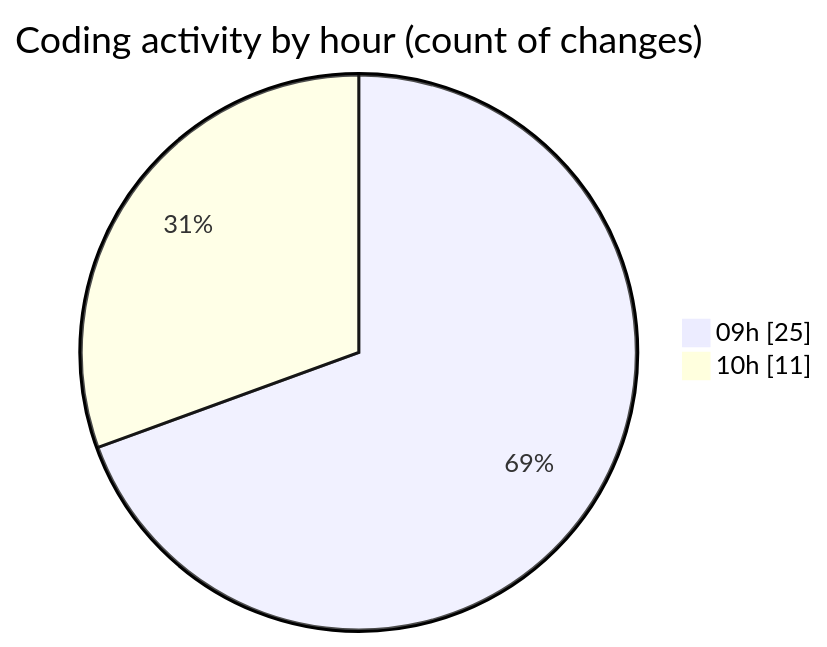
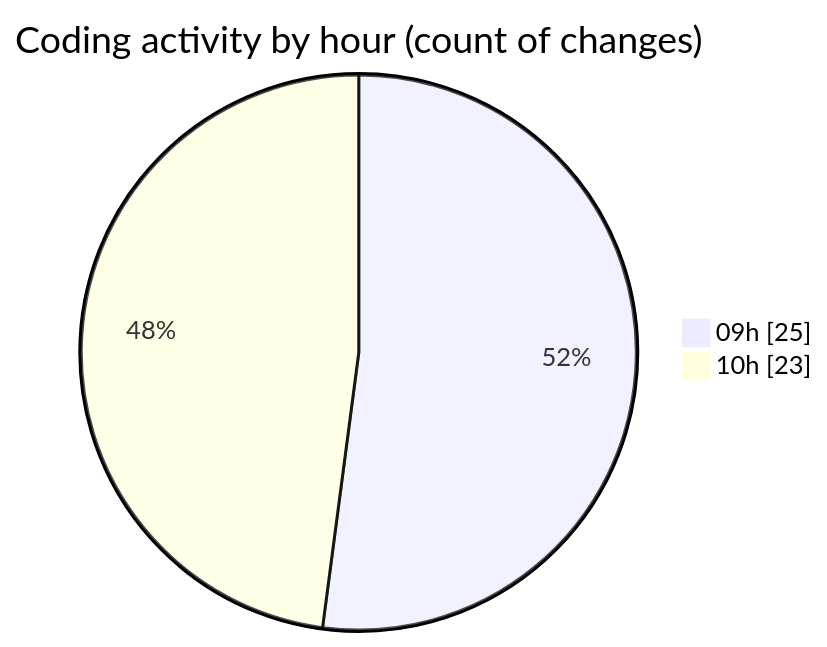
One commit to momahboobian/code-tracking changed the second of 2 diagrams in 2025-08-22/cda/README.md. Above: the diagram before and after it, drawn with Mermaid. The commit also changed other lines of this file and 1 other file, not shown here.

````diff
--- a/2025-08-22/cda/README.md
+++ b/2025-08-22/cda/README.md
@@ -37,6 +39,6 @@
 ```mermaid
 pie showData
 title Coding activity by hour (count of changes)
 "09h" : 25
-"10h" : 11
+"10h" : 23
 ```
````
